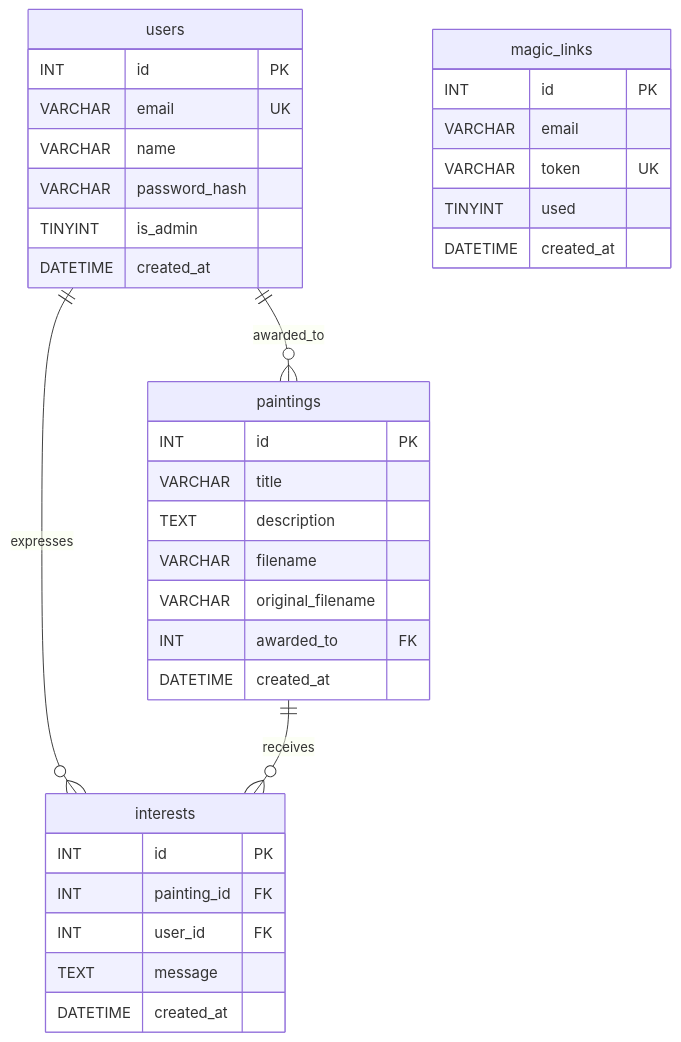
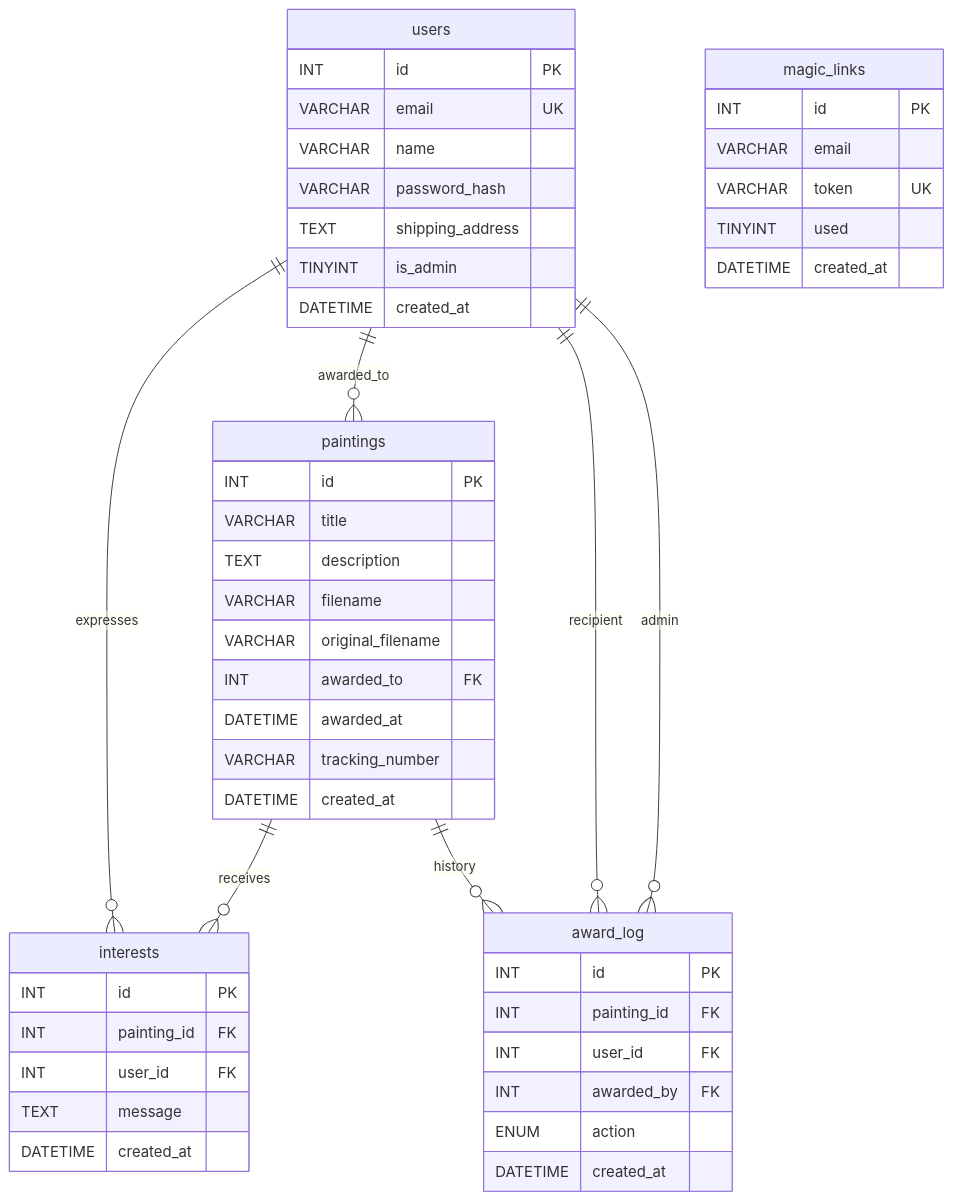
One commit to robsartin/heirloom changed the eighth of 12 diagrams in doc/DEVELOPER.md. Above: the diagram before and after it, drawn with Mermaid. The commit also changed other lines of this file and 5 other files, not shown here.

First line of the commit message:
Clean up project, add tests, update docs for shipping/tracking/profile

````diff
--- a/doc/DEVELOPER.md
+++ b/doc/DEVELOPER.md
@@ -203,41 +207,56 @@
 ```mermaid
 erDiagram
     users {
         INT id PK
         VARCHAR email UK
         VARCHAR name
         VARCHAR password_hash
+        TEXT shipping_address
         TINYINT is_admin
         DATETIME created_at
     }
 
     paintings {
         INT id PK
         VARCHAR title
         TEXT description
         VARCHAR filename
         VARCHAR original_filename
         INT awarded_to FK
+        DATETIME awarded_at
+        VARCHAR tracking_number
         DATETIME created_at
     }
 
     interests {
         INT id PK
         INT painting_id FK
         INT user_id FK
         TEXT message
         DATETIME created_at
     }
 
     magic_links {
         INT id PK
         VARCHAR email
         VARCHAR token UK
         TINYINT used
         DATETIME created_at
     }
 
+    award_log {
+        INT id PK
+        INT painting_id FK
+        INT user_id FK
+        INT awarded_by FK
+        ENUM action
+        DATETIME created_at
+    }
+
     users ||--o{ interests : "expresses"
     paintings ||--o{ interests : "receives"
     users ||--o{ paintings : "awarded_to"
+    paintings ||--o{ award_log : "history"
+    users ||--o{ award_log : "recipient"
+    users ||--o{ award_log : "admin"
 ```
````
